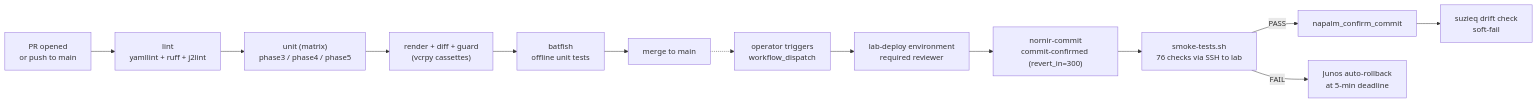
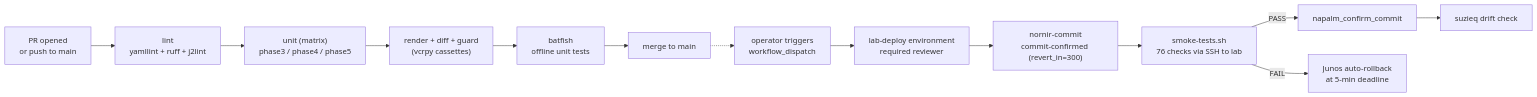
Before and after one commit to kmazur-tech/evpn-lab: the diagram in phase6-cicd/README.md, drawn with Mermaid. The commit also changed other lines of this file and 2 other files, not shown here.

````diff
--- a/phase6-cicd/README.md
+++ b/phase6-cicd/README.md
@@ -34,24 +34,24 @@
 ```mermaid
 flowchart LR
     pr["PR opened<br/>or push to main"]
     lint["lint<br/>yamllint + ruff + j2lint"]
     unit["unit (matrix)<br/>phase3 / phase4 / phase5"]
     render["render + diff + guard<br/>(vcrpy cassettes)"]
     bf["batfish<br/>offline unit tests"]
     merge["merge to main"]
 
     dispatch["operator triggers<br/>workflow_dispatch"]
     env["lab-deploy environment<br/>required reviewer"]
     deploy["nornir-commit<br/>commit-confirmed (revert_in=300)"]
     smoke["smoke-tests.sh<br/>76 checks via SSH to lab"]
     confirm["napalm_confirm_commit"]
     rollback["Junos auto-rollback<br/>at 5-min deadline"]
-    drift["suzieq drift check<br/>soft-fail"]
+    drift["suzieq drift check"]
 
     pr --> lint --> unit --> render --> bf --> merge
 
     merge -.-> dispatch
     dispatch --> env --> deploy --> smoke
     smoke -- PASS --> confirm --> drift
     smoke -- FAIL --> rollback
 ```
````
